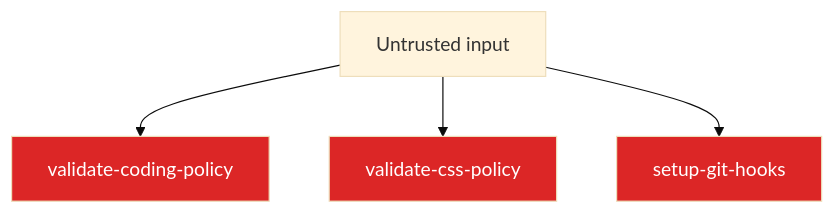
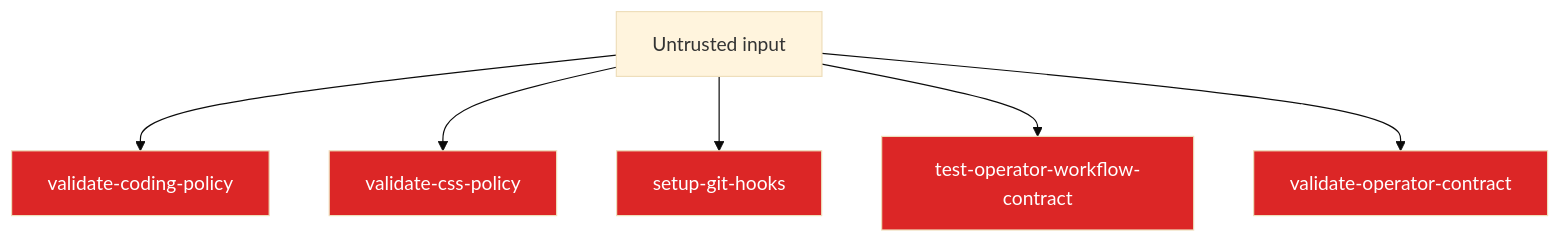
Before and after one commit to jscraik/websites: the diagram in .diagram/security.mmd, drawn with Mermaid (base theme). The commit also changed 8 other files, not shown here.

First line of the commit message:
chore(diagrams): refresh architecture evidence

```diff
--- a/.diagram/security.mmd
+++ b/.diagram/security.mmd
@@ -1,10 +1,14 @@
 flowchart TD
   Untrusted["Untrusted input"]
   validate_coding_policy_29976175["validate-coding-policy"]
   Untrusted --> validate_coding_policy_29976175
   validate_css_policy_1c5ec854["validate-css-policy"]
   Untrusted --> validate_css_policy_1c5ec854
   setup_git_hooks_70750d40["setup-git-hooks"]
   Untrusted --> setup_git_hooks_70750d40
+  test_operator_workflow_contract_b4a152d7["test-operator-workflow-contract"]
+  Untrusted --> test_operator_workflow_contract_b4a152d7
+  validate_operator_contract_f777ed78["validate-operator-contract"]
+  Untrusted --> validate_operator_contract_f777ed78
   classDef securityNode fill:#dc2626,color:#fff
-  class validate_coding_policy_29976175,validate_css_policy_1c5ec854,setup_git_hooks_70750d40 securityNode
+  class validate_coding_policy_29976175,validate_css_policy_1c5ec854,setup_git_hooks_70750d40,test_operator_workflow_contract_b4a152d7,validate_operator_contract_f777ed78 securityNode
```
